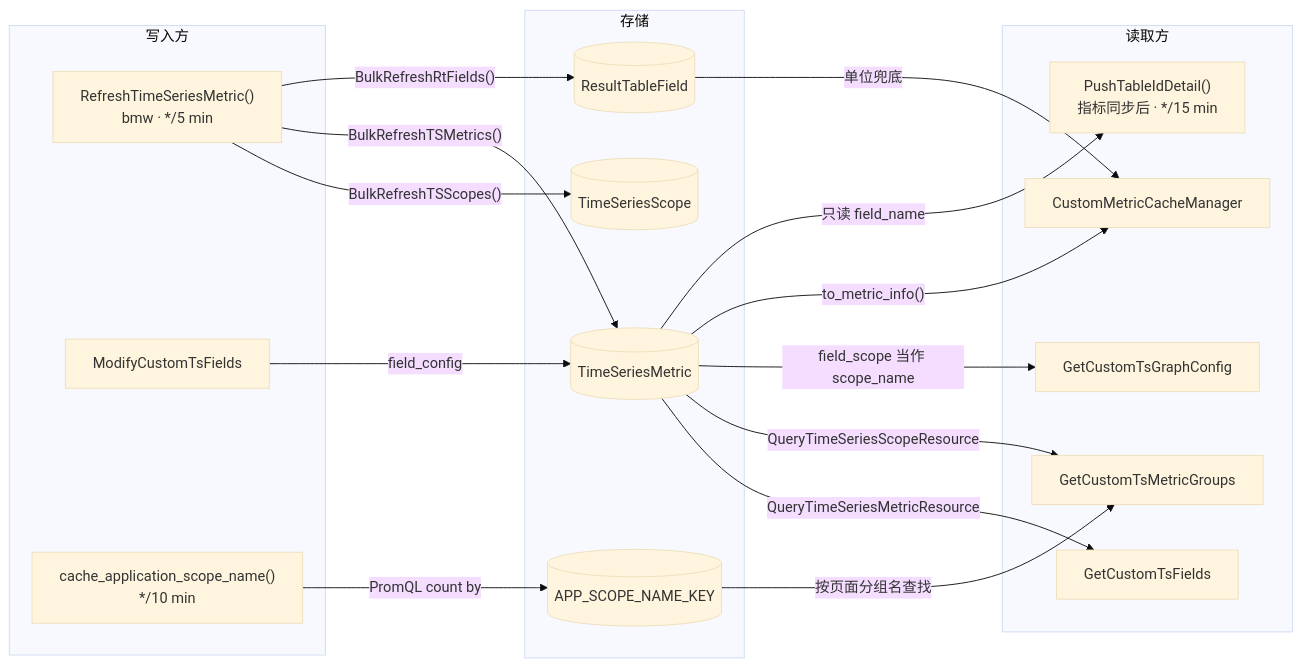
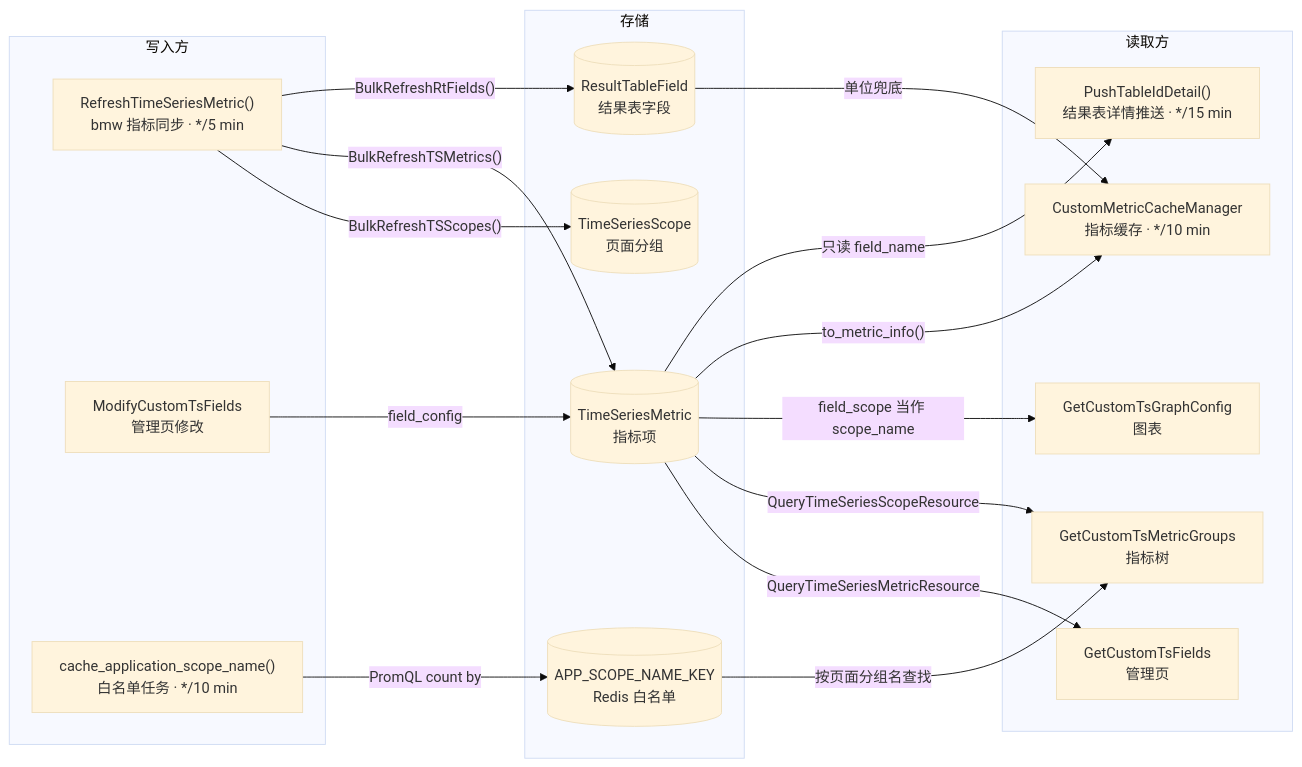
One commit to ZhuoZhuoCrayon/ai-workspace changed the second of 22 diagrams in knowledge/bkmonitor/issues/2026-09-15-custom-metric-metadata/PLAN.md. Above: the diagram before and after it, drawn with Mermaid (base theme). The commit also changed other lines of this file and 7 other files, not shown here.

Commit message:
docs(issue): choose all-new-tables plan for custom metric metadata on MySQL 5.7

````diff
--- a/knowledge/bkmonitor/issues/2026-09-15-custom-metric-metadata/PLAN.md
+++ b/knowledge/bkmonitor/issues/2026-09-15-custom-metric-metadata/PLAN.md
@@ -44,33 +149,33 @@
 ```mermaid
 flowchart LR
     subgraph Writers["写入方"]
-        Refresh["RefreshTimeSeriesMetric()<br/>bmw · */5 min"]
-        Modify["ModifyCustomTsFields"]
-        Task["cache_application_scope_name()<br/>*/10 min"]
+        Refresh["RefreshTimeSeriesMetric()<br/>bmw 指标同步 · */5 min"]
+        Modify["ModifyCustomTsFields<br/>管理页修改"]
+        Task["cache_application_scope_name()<br/>白名单任务 · */10 min"]
     end
     subgraph Tables["存储"]
-        Metric[("TimeSeriesMetric")]
-        Scope[("TimeSeriesScope")]
-        Field[("ResultTableField")]
-        Redis[("APP_SCOPE_NAME_KEY")]
+        Metric[("TimeSeriesMetric<br/>指标项")]
+        Scope[("TimeSeriesScope<br/>页面分组")]
+        Field[("ResultTableField<br/>结果表字段")]
+        Redis[("APP_SCOPE_NAME_KEY<br/>Redis 白名单")]
     end
     subgraph Readers["读取方"]
-        Fields["GetCustomTsFields"]
-        Tree["GetCustomTsMetricGroups"]
-        Graph["GetCustomTsGraphConfig"]
-        Cache["CustomMetricCacheManager"]
-        Push["PushTableIdDetail()<br/>指标同步后 · */15 min"]
+        Fields["GetCustomTsFields<br/>管理页"]
+        Tree["GetCustomTsMetricGroups<br/>指标树"]
+        Graph["GetCustomTsGraphConfig<br/>图表"]
+        Cache["CustomMetricCacheManager<br/>指标缓存 · */10 min"]
+        Push["PushTableIdDetail()<br/>结果表详情推送 · */15 min"]
     end
     Refresh -->|"BulkRefreshTSScopes()"| Scope
     Refresh -->|"BulkRefreshTSMetrics()"| Metric
     Refresh -->|"BulkRefreshRtFields()"| Field
     Modify -->|"field_config"| Metric
     Task -->|"PromQL count by"| Redis
     Metric -->|"QueryTimeSeriesMetricResource"| Fields
     Metric -->|"QueryTimeSeriesScopeResource"| Tree
     Redis -->|"按页面分组名查找"| Tree
     Metric -->|"field_scope 当作 scope_name"| Graph
     Metric -->|"to_metric_info()"| Cache
     Field -->|"单位兜底"| Cache
     Metric -->|"只读 field_name"| Push
 ```
````
